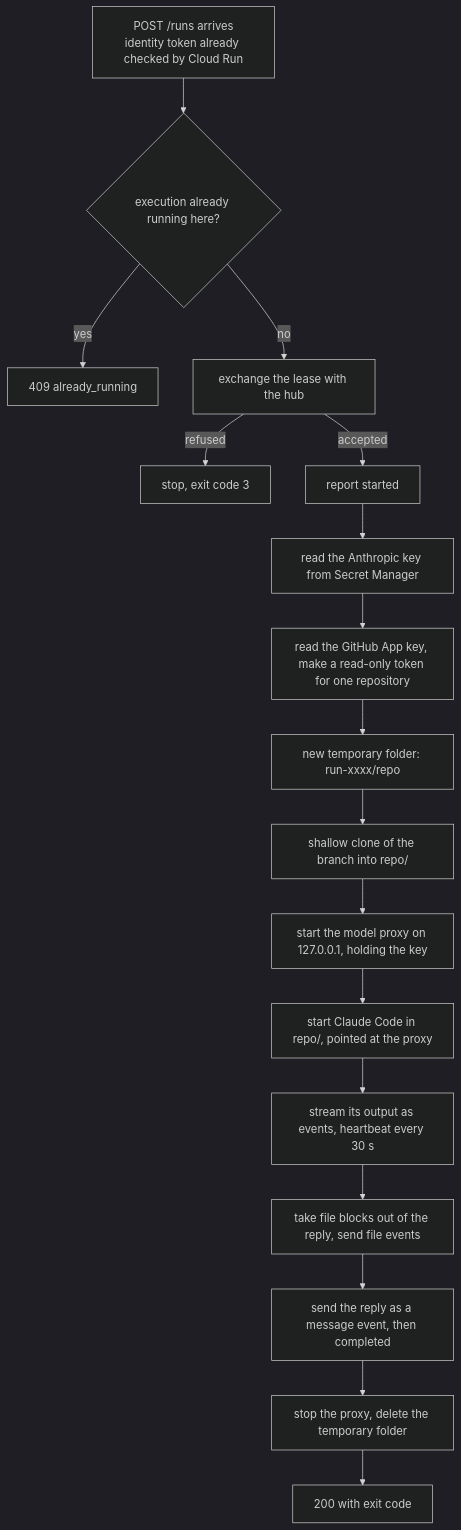
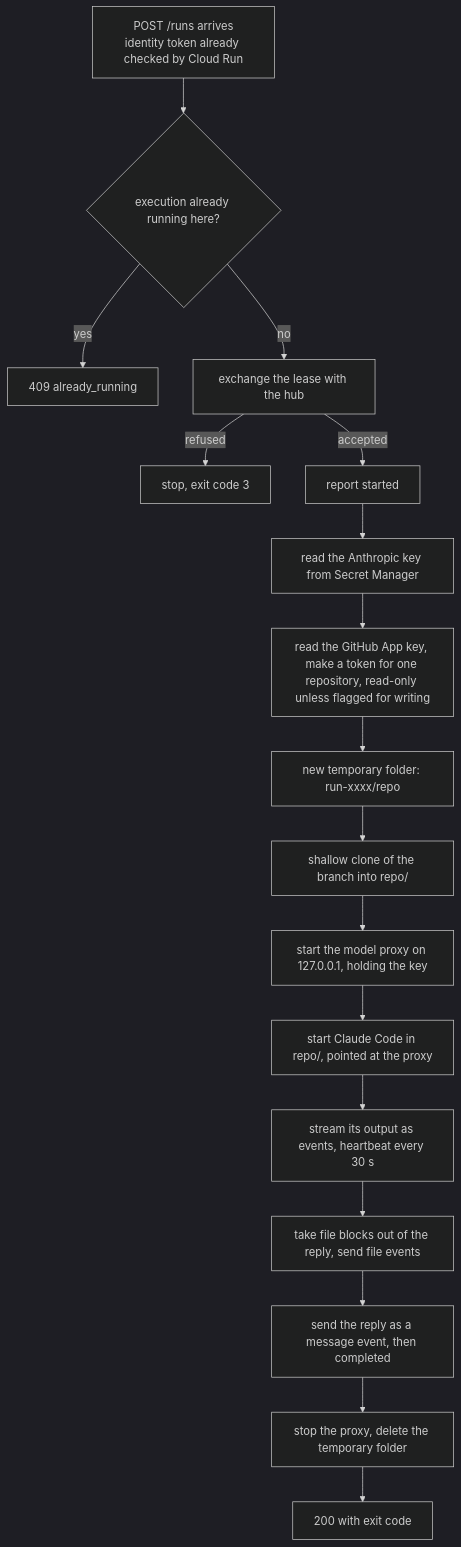
Before and after one commit to sivuu96/natyasutra-collab-app: the fifth of 8 diagrams in docs/architecture.md, drawn with Mermaid (dark theme). The commit also changed other lines of this file and 19 other files, not shown here.

````diff
--- a/docs/architecture.md
+++ b/docs/architecture.md
@@ -217,19 +217,19 @@
 ```mermaid
 flowchart TD
     A[POST /runs arrives<br/>identity token already checked by Cloud Run] --> B{execution already running here?}
     B -- yes --> C[409 already_running]
     B -- no --> D[exchange the lease with the hub]
     D -- refused --> E[stop, exit code 3]
     D -- accepted --> F[report started]
     F --> G[read the Anthropic key from Secret Manager]
-    G --> H[read the GitHub App key, make a read-only token for one repository]
+    G --> H[read the GitHub App key, make a token for one repository, read-only unless flagged for writing]
     H --> I[new temporary folder: run-xxxx/repo]
     I --> J[shallow clone of the branch into repo/]
     J --> K[start the model proxy on 127.0.0.1, holding the key]
     K --> L[start Claude Code in repo/, pointed at the proxy]
     L --> M[stream its output as events, heartbeat every 30 s]
     M --> N[take file blocks out of the reply, send file events]
     N --> O[send the reply as a message event, then completed]
     O --> P[stop the proxy, delete the temporary folder]
     P --> Q[200 with exit code]
 ```
````
